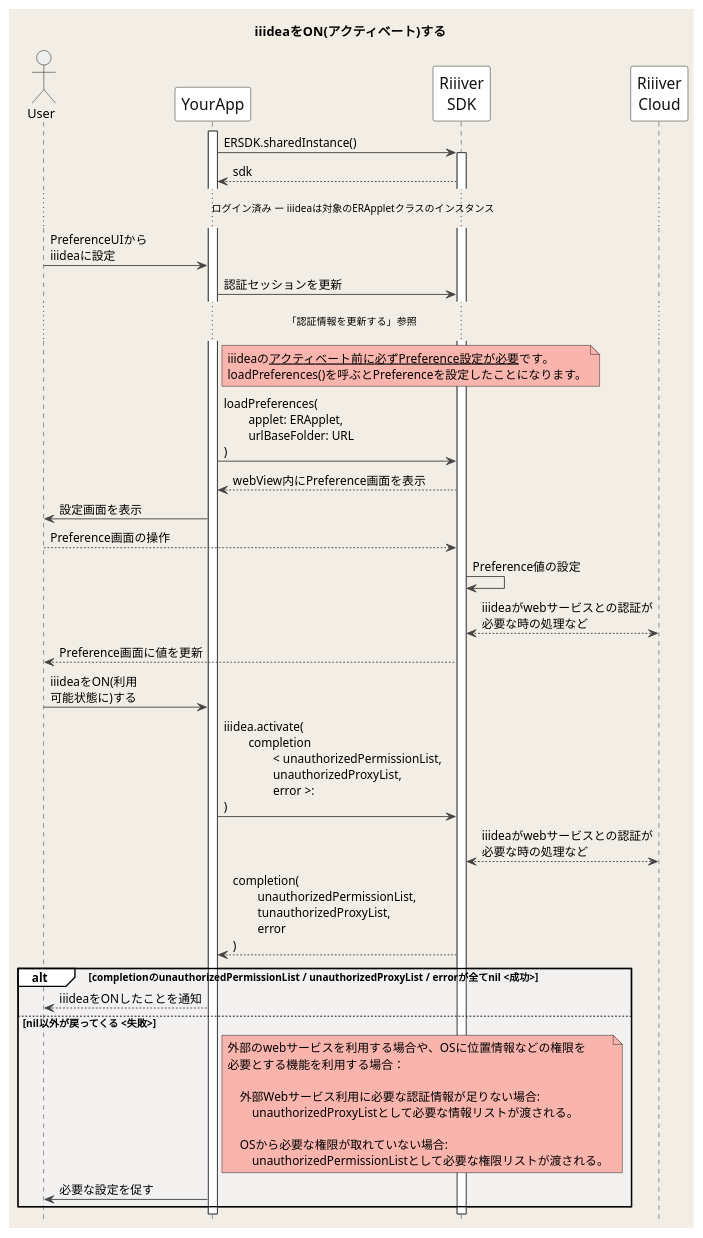
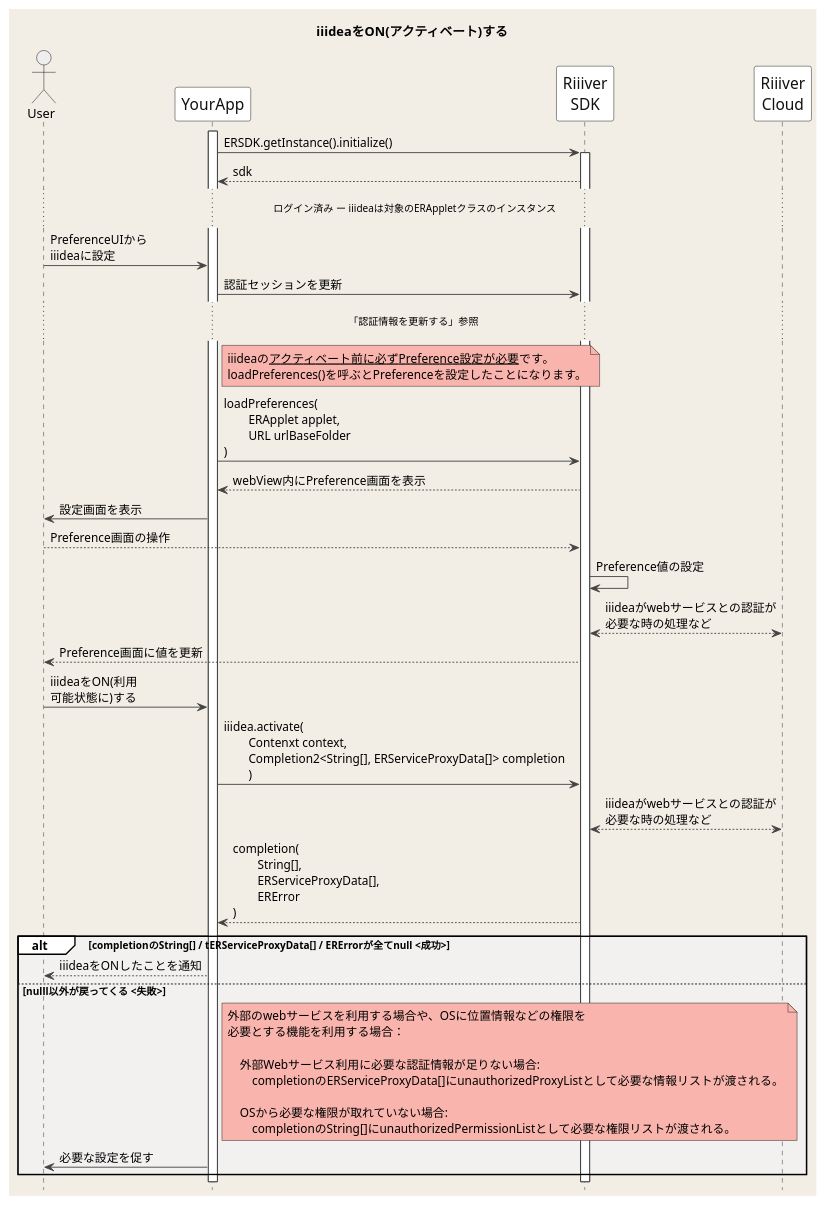
One commit to CitizenWatch/RiiiverResources changed the diagram in images/Android/ja/Sequences/activateIiidea.pu. Above: the diagram before and after it, drawn with PlantUML. The commit also changed 3 other files, not shown here.

Commit message:
Android版SDKのシーケンス図を修正

```diff
--- a/images/Android/ja/Sequences/activateIiidea.pu
+++ b/images/Android/ja/Sequences/activateIiidea.pu
@@ -1,77 +1,77 @@
 @startuml
 title iiideaをON(アクティベート)する
 hide footbox
 
 skinparam DefaultFontName "Noto Sans JP, Helvetica, Arial, Liberation Sans"
 skinparam BackgroundColor #F2EEE6
 skinparam Shadowing false
 skinparam NoteBackgroundColor #F9B5AD
 skinparam NodeBorderColor #F26767
 
 skinparam sequence {
 ArrowColor #444444
 ActorBorderColor Black
 LifeLineBorderColor #222222
 LifeLineBackgroundColor White
 BoxBorderColor #FFFFFF
 BoxBackgroundColor #F2fEf6
 GroupBackgroundColor #FFFFFF
 GroupBodyBackgroundColor #F3F0F0
 
 ParticipantBorderColor #111111
 ParticipantBackgroundColor White
 ParticipantFontSize 17
 ParticipantFontColor #111111
 BoundaryBorderColor Gray
 ActorBackgroundColor #eeeeee
 ActorFontColor Black
 
 }
 
 actor User
 participant YourApp as App
 participant "Riiiver\nSDK" as ERSDK
 participant "Riiiver\nCloud" as Riiiver
 
 activate App
 
-App -> ERSDK: ERSDK.sharedInstance()
+App -> ERSDK: ERSDK.getInstance().initialize()
 activate ERSDK
 App <-- ERSDK: sdk
 
 ... ログイン済み ー iiideaは対象のERAppletクラスのインスタンス...
 
 User -> App: PreferenceUIから\niiideaに設定
 
 App -> ERSDK: 認証セッションを更新
 ... 「認証情報を更新する」参照 ...
 note right of App: iiideaの__アクティベート前に必ずPreference設定が必要__です。\nloadPreferences()を呼ぶとPreferenceを設定したことになります。
-App -> ERSDK: loadPreferences(\n\tapplet: ERApplet,\n\turlBaseFolder: URL\n)
+App -> ERSDK: loadPreferences(\n\tERApplet applet,\n\tURL urlBaseFolder\n)
 App <-- ERSDK: webView内にPreference画面を表示
 User <- App: 設定画面を表示
 User --> ERSDK: Preference画面の操作
 ERSDK -> ERSDK: Preference値の設定
 ERSDK <--> Riiiver: iiideaがwebサービスとの認証が\n必要な時の処理など
 User <-- ERSDK: Preference画面に値を更新
 
 User -> App: iiideaをON(利用\n可能状態に)する
-App -> ERSDK: iiidea.activate(\n\tcompletion\n\t\t< unauthorizedPermissionList,\n\t\tunauthorizedProxyList,\n\t\terror >:\n)
+App -> ERSDK: iiidea.activate(\n\tContenxt context,\n\tCompletion2<String[], ERServiceProxyData[]> completion\n\t)
 ERSDK <--> Riiiver: iiideaがwebサービスとの認証が\n必要な時の処理など
-App <-- ERSDK: completion(\n\tunauthorizedPermissionList,\n\ttunauthorizedProxyList,\n\terror\n)
-alt completionのunauthorizedPermissionList / unauthorizedProxyList / errorが全てnil <成功>
+App <-- ERSDK: completion(\n\tString[],\n\tERServiceProxyData[],\n\tERError\n)
+alt completionのString[] / tERServiceProxyData[] / ERErrorが全てnull <成功>
     User <-- App: iiideaをONしたことを通知
-else nil以外が戻ってくる <失敗>
+else nulll以外が戻ってくる <失敗>
     note right of App
         外部のwebサービスを利用する場合や、OSに位置情報などの権限を
         必要とする機能を利用する場合：
 
             外部Webサービス利用に必要な認証情報が足りない場合:
-                unauthorizedProxyListとして必要な情報リストが渡される。
+                completionのERServiceProxyData[]にunauthorizedProxyListとして必要な情報リストが渡される。
 
             OSから必要な権限が取れていない場合:
-                unauthorizedPermissionListとして必要な権限リストが渡される。
+                completionのString[]にunauthorizedPermissionListとして必要な権限リストが渡される。
     end note
     App -> User: 必要な設定を促す
 end
 
 @enduml
```
